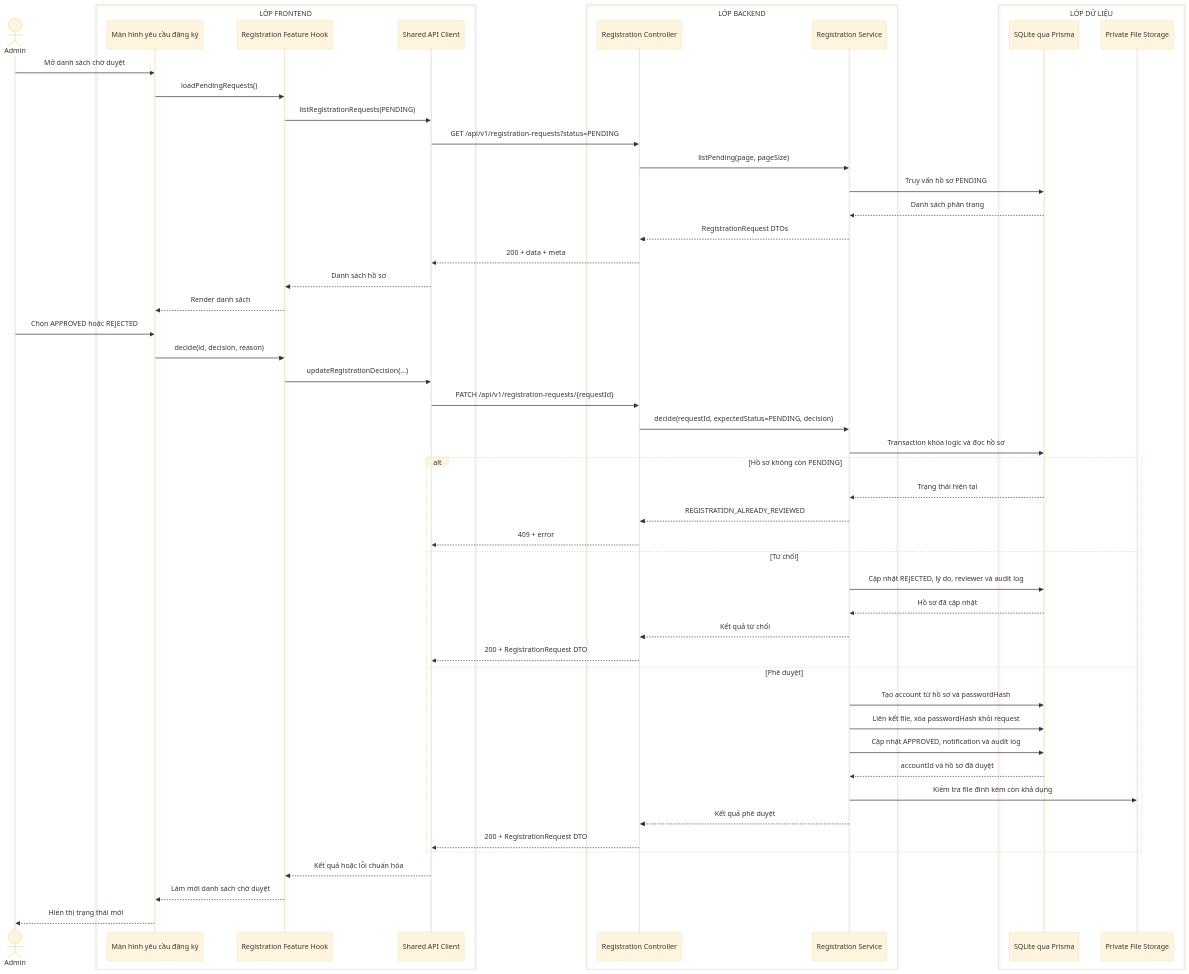
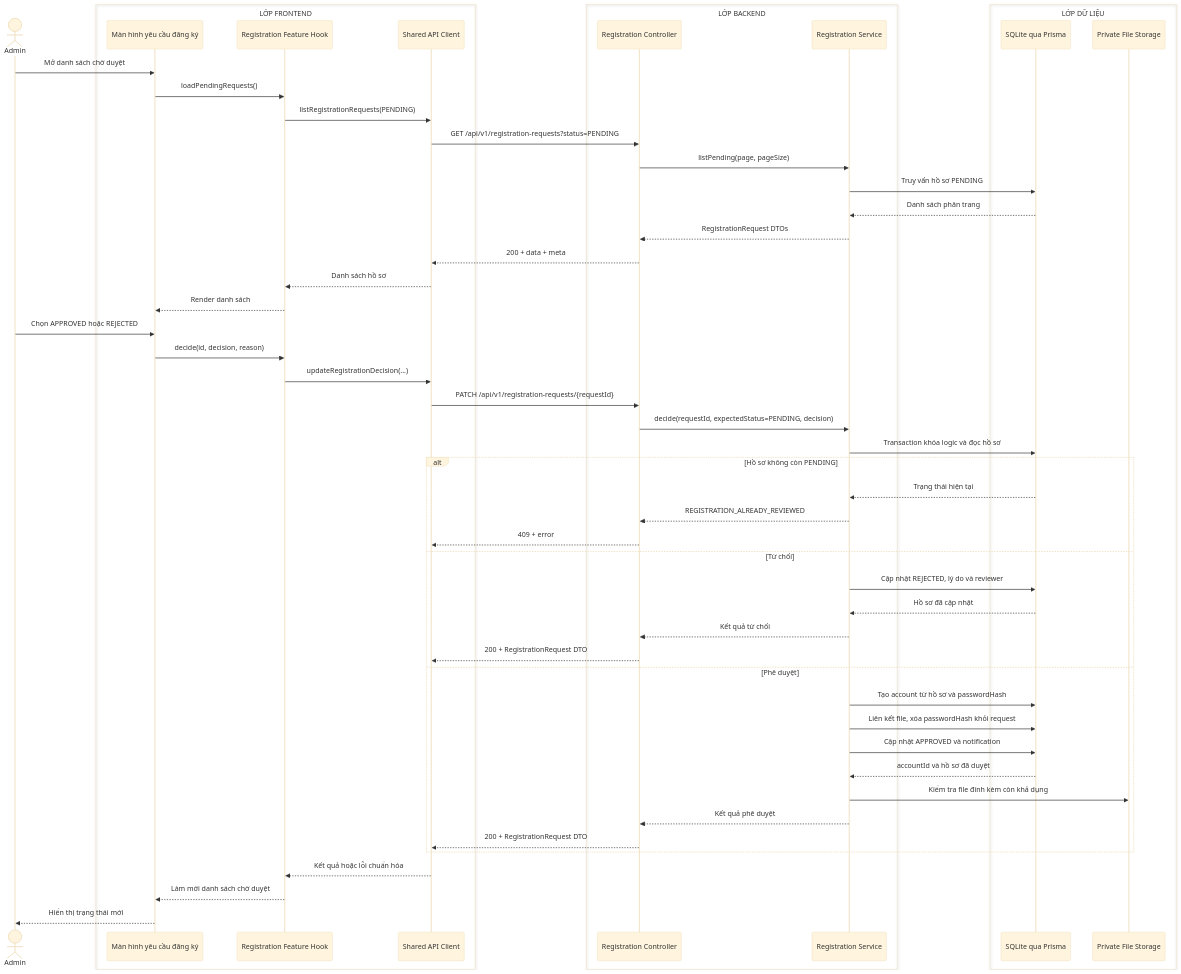
Before and after one commit to MINHDZVODICH/ctv-manage: the diagram in docs/sequence-diagrams/03-duyet-ho-so.md, drawn with Mermaid (base theme). The commit also changed other lines of this file and 89 other files, not shown here.

````diff
--- a/docs/sequence-diagrams/03-duyet-ho-so.md
+++ b/docs/sequence-diagrams/03-duyet-ho-so.md
@@ -5,59 +5,59 @@
 ```mermaid
 sequenceDiagram
     actor A as Admin
     box LỚP FRONTEND
         participant UI as Màn hình yêu cầu đăng ký
         participant H as Registration Feature Hook
         participant API as Shared API Client
     end
     box LỚP BACKEND
         participant C as Registration Controller
         participant S as Registration Service
     end
     box LỚP DỮ LIỆU
         participant DB as SQLite qua Prisma
         participant FS as Private File Storage
     end
 
     A->>UI: Mở danh sách chờ duyệt
     UI->>H: loadPendingRequests()
     H->>API: listRegistrationRequests(PENDING)
     API->>C: GET /api/v1/registration-requests?status=PENDING
     C->>S: listPending(page, pageSize)
     S->>DB: Truy vấn hồ sơ PENDING
     DB-->>S: Danh sách phân trang
     S-->>C: RegistrationRequest DTOs
     C-->>API: 200 + data + meta
     API-->>H: Danh sách hồ sơ
     H-->>UI: Render danh sách
 
     A->>UI: Chọn APPROVED hoặc REJECTED
     UI->>H: decide(id, decision, reason)
     H->>API: updateRegistrationDecision(...)
     API->>C: PATCH /api/v1/registration-requests/{requestId}
     C->>S: decide(requestId, expectedStatus=PENDING, decision)
     S->>DB: Transaction khóa logic và đọc hồ sơ
 
     alt Hồ sơ không còn PENDING
         DB-->>S: Trạng thái hiện tại
         S-->>C: REGISTRATION_ALREADY_REVIEWED
         C-->>API: 409 + error
     else Từ chối
-        S->>DB: Cập nhật REJECTED, lý do, reviewer và audit log
+        S->>DB: Cập nhật REJECTED, lý do và reviewer
         DB-->>S: Hồ sơ đã cập nhật
         S-->>C: Kết quả từ chối
         C-->>API: 200 + RegistrationRequest DTO
     else Phê duyệt
         S->>DB: Tạo account từ hồ sơ và passwordHash
         S->>DB: Liên kết file, xóa passwordHash khỏi request
-        S->>DB: Cập nhật APPROVED, notification và audit log
+        S->>DB: Cập nhật APPROVED và notification
         DB-->>S: accountId và hồ sơ đã duyệt
         S->>FS: Kiểm tra file đính kèm còn khả dụng
         S-->>C: Kết quả phê duyệt
         C-->>API: 200 + RegistrationRequest DTO
     end
 
     API-->>H: Kết quả hoặc lỗi chuẩn hóa
     H-->>UI: Làm mới danh sách chờ duyệt
     UI-->>A: Hiển thị trạng thái mới
 ```
````
